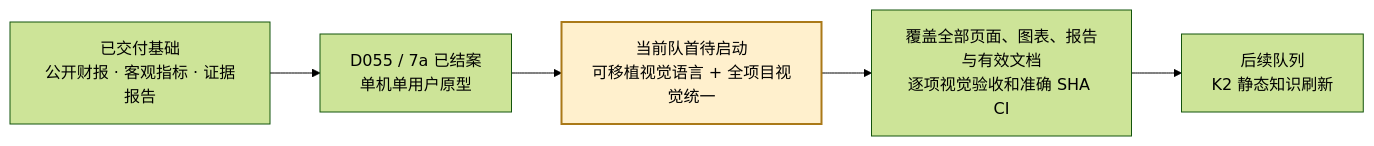
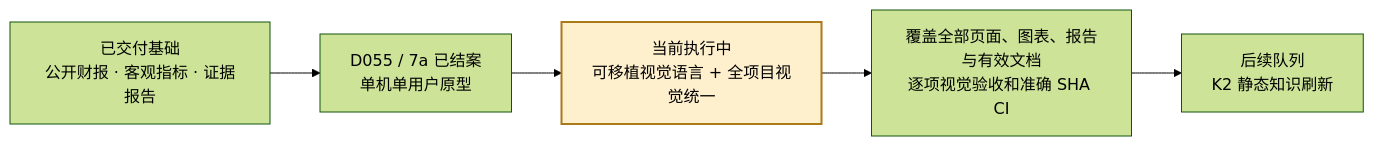
Before and after one commit to davyzhong/FLOW: the tenth of 10 diagrams in README.md, drawn with Mermaid (forest theme). The commit also changed other lines of this file and 12 other files, not shown here.

````diff
--- a/README.md
+++ b/README.md
@@ -806,8 +806,8 @@
 ```mermaid
 flowchart LR
     A["已交付基础<br/>公开财报 · 客观指标 · 证据报告"] --> B["D055 / 7a 已结案<br/>单机单用户原型"]
-    B --> C["当前队首待启动<br/>可移植视觉语言 + 全项目视觉统一"]
+    B --> C["当前执行中<br/>可移植视觉语言 + 全项目视觉统一"]
     C --> D["覆盖全部页面、图表、报告与有效文档<br/>逐项视觉验收和准确 SHA CI"]
     D --> E["后续队列<br/>K2 静态知识刷新"]
     style C fill:#fff0cd,stroke:#aa7918,stroke-width:2px
 ```
````
